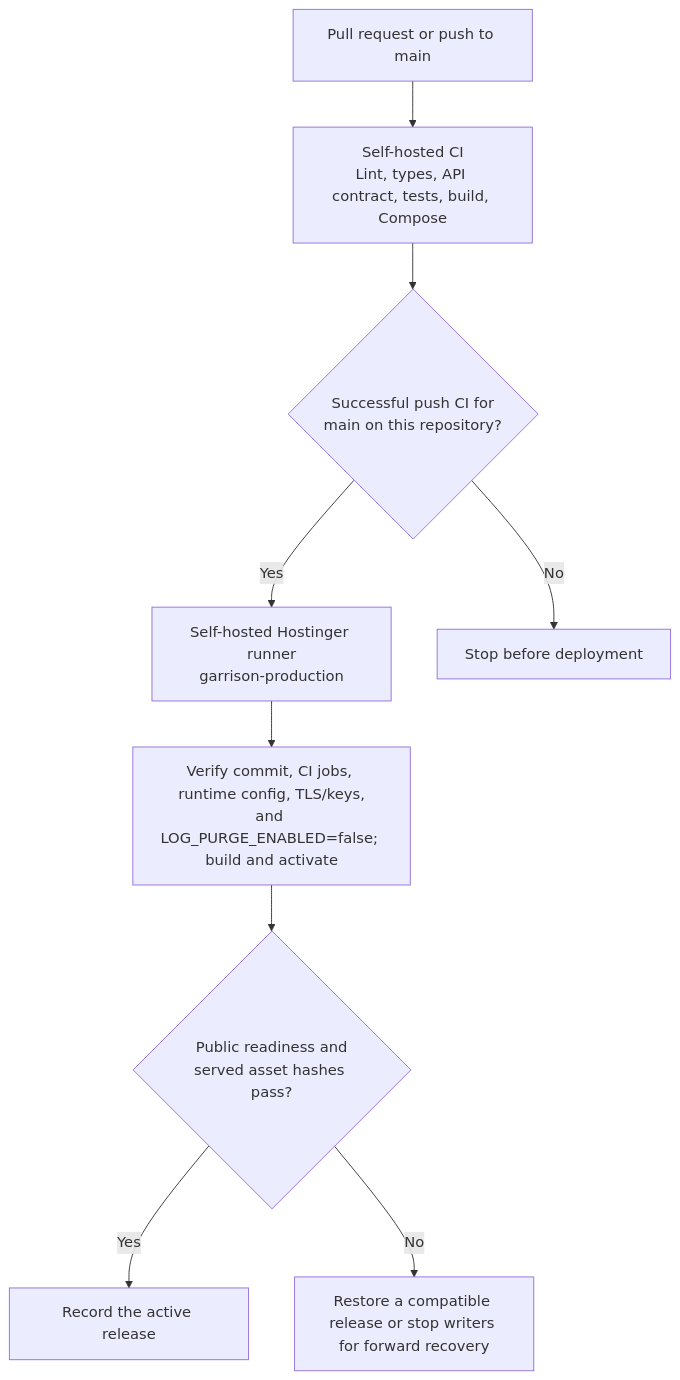
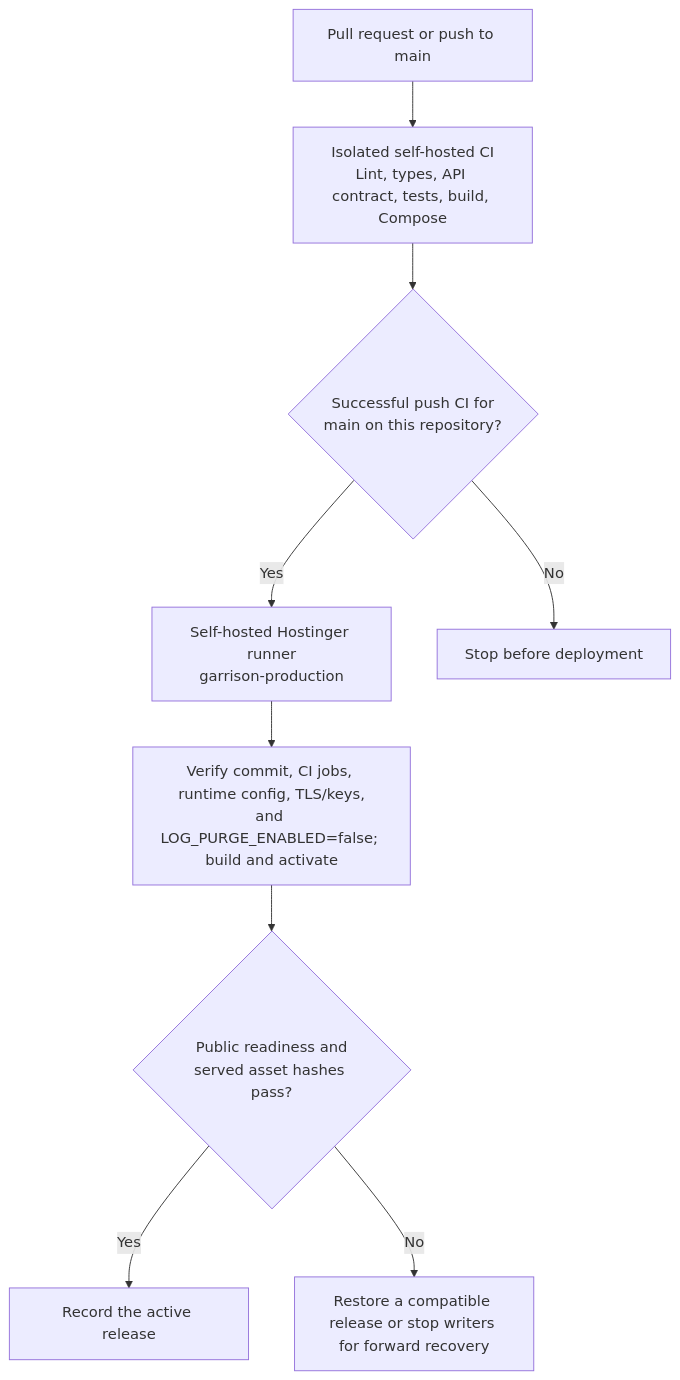
One commit to nirzaf/garrison-investments changed the third of 3 diagrams in README.md. Above: the diagram before and after it, drawn with Mermaid. The commit also changed other lines of this file and 4 other files, not shown here.

Commit message:
ci: restore isolated self-hosted checks

````diff
--- a/README.md
+++ b/README.md
@@ -110,11 +110,11 @@
 ```mermaid
 flowchart TB
-    change["Pull request or push to main"] --> ci["Self-hosted CI<br/>Lint, types, API contract, tests, build, Compose"]
+    change["Pull request or push to main"] --> ci["Isolated self-hosted CI<br/>Lint, types, API contract, tests, build, Compose"]
     ci --> gate{"Successful push CI for<br/>main on this repository?"}
     gate -->|"Yes"| runner["Self-hosted Hostinger runner<br/>garrison-production"]
     gate -->|"No"| stop["Stop before deployment"]
     runner --> release["Verify commit, CI jobs, runtime config, TLS/keys,<br/>and LOG_PURGE_ENABLED=false; build and activate"]
     release --> smoke{"Public readiness and<br/>served asset hashes pass?"}
     smoke -->|"Yes"| receipt["Record the active release"]
     smoke -->|"No"| rollback["Restore a compatible release or stop writers for forward recovery"]
 ```
````
